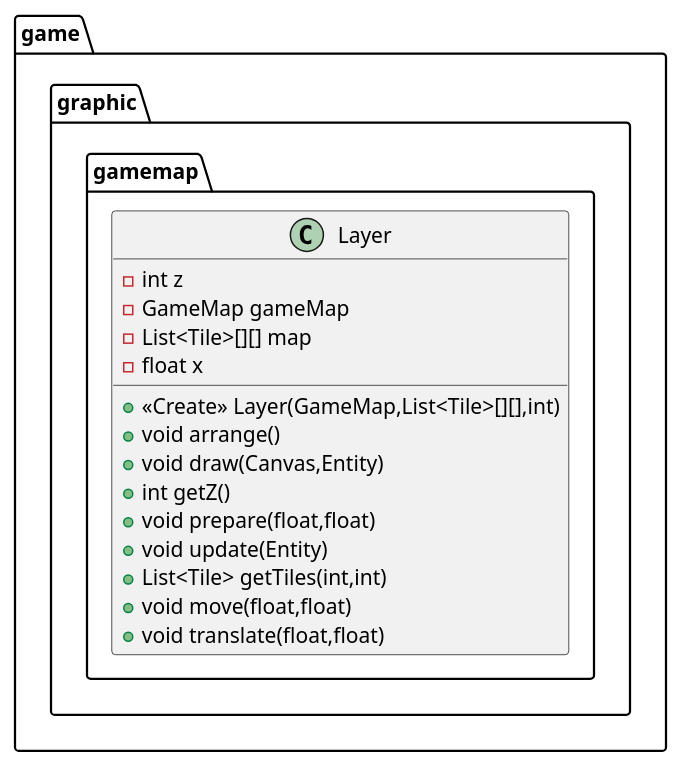
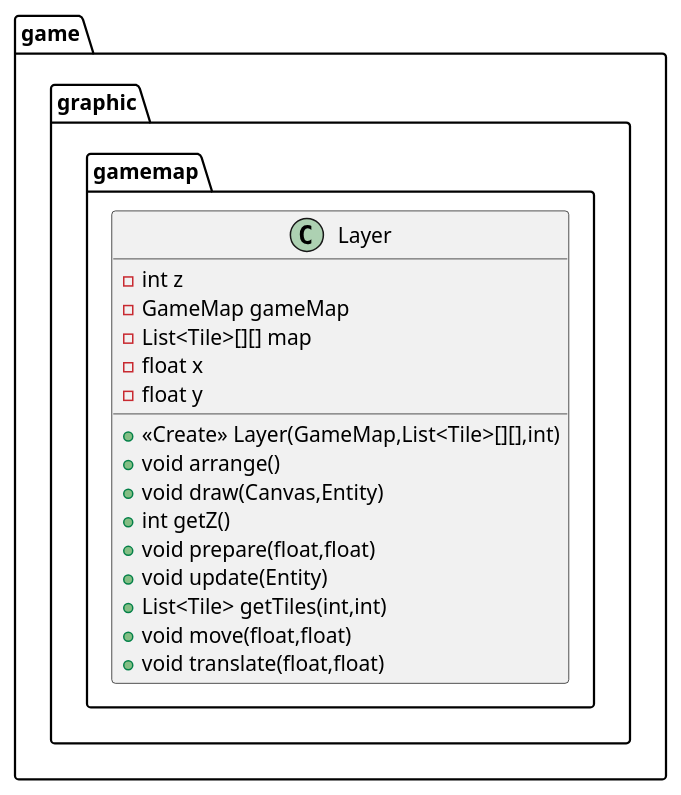
One commit to Avasay-Sayava/BagrutProject changed the diagram in app/src/main/java/com/avasaysayava/bagrutproject/game/graphic/gamemap/Layer.puml. Above: the diagram before and after it, drawn with PlantUML. The commit also changed 2 other files, not shown here.

```diff
--- a/app/src/main/java/com/avasaysayava/bagrutproject/game/graphic/gamemap/Layer.puml
+++ b/app/src/main/java/com/avasaysayava/bagrutproject/game/graphic/gamemap/Layer.puml
@@ -1,19 +1,20 @@
 @startuml
 class game.graphic.gamemap.Layer {
 - int z
 - GameMap gameMap
 - List<Tile>[][] map
 - float x
+- float y
 + <<Create>> Layer(GameMap,List<Tile>[][],int)
 + void arrange()
 + void draw(Canvas,Entity)
 + int getZ()
 + void prepare(float,float)
 + void update(Entity)
 + List<Tile> getTiles(int,int)
 + void move(float,float)
 + void translate(float,float)
 }
 
 
 @enduml
```
